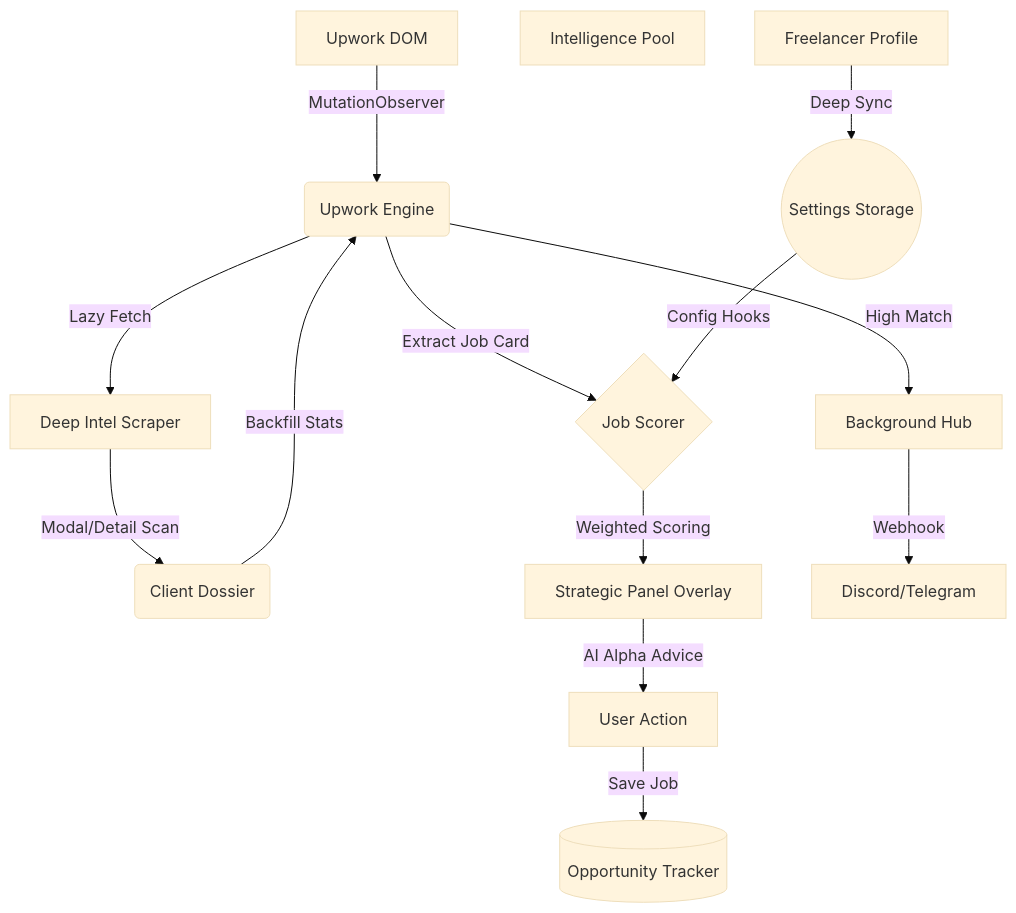
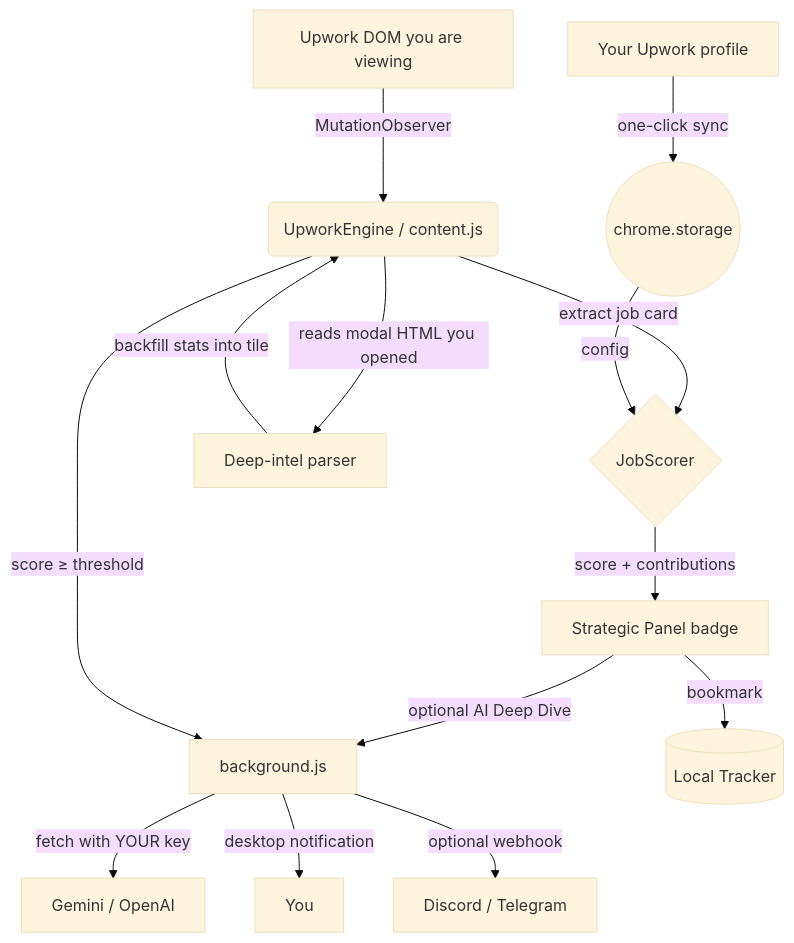
One commit to pankaj-kumar-techie/upwork-match-extension changed the diagram in docs/architecture.md. Above: the diagram before and after it, drawn with Mermaid (base theme). The commit also changed other lines of this file and 15 other files, not shown here.

````diff
--- a/docs/architecture.md
+++ b/docs/architecture.md
@@ -7,19 +9,16 @@
 ```mermaid
 graph TD
-    A[Upwork DOM] -->|MutationObserver| B(Upwork Engine)
-    B -->|Extract Job Card| C{Job Scorer}
-    B -->|Lazy Fetch| D[Deep Intel Scraper]
-    D -->|Modal/Detail Scan| E(Client Dossier)
-    E -->|Backfill Stats| B
-
-    SubGraph1[Intelligence Pool]
-    F[Freelancer Profile] -->|Deep Sync| G((Settings Storage))
-    G -->|Config Hooks| C
-
-    C -->|Weighted Scoring| H[Strategic Panel Overlay]
-    H -->|AI Alpha Advice| I[User Action]
-
-    I -->|Save Job| J[(Opportunity Tracker)]
-    B -->|High Match| K[Background Hub]
-    K -->|Webhook| L[Discord/Telegram]
+    A[Upwork DOM you are viewing] -->|MutationObserver| B(UpworkEngine / content.js)
+    B -->|extract job card| C{JobScorer}
+    B -->|reads modal HTML you opened| D[Deep-intel parser]
+    D -->|backfill stats into tile| B
+    C -->|score + contributions| H[Strategic Panel badge]
+    H -->|optional AI Deep Dive| K[background.js]
+    K -->|fetch with YOUR key| L[Gemini / OpenAI]
+    H -->|bookmark| J[(Local Tracker)]
+    B -->|score ≥ threshold| K
+    K -->|desktop notification| U[You]
+    K -->|optional webhook| W[Discord / Telegram]
+    P[Your Upwork profile] -->|one-click sync| G((chrome.storage))
+    G -->|config| C
 ```
````
